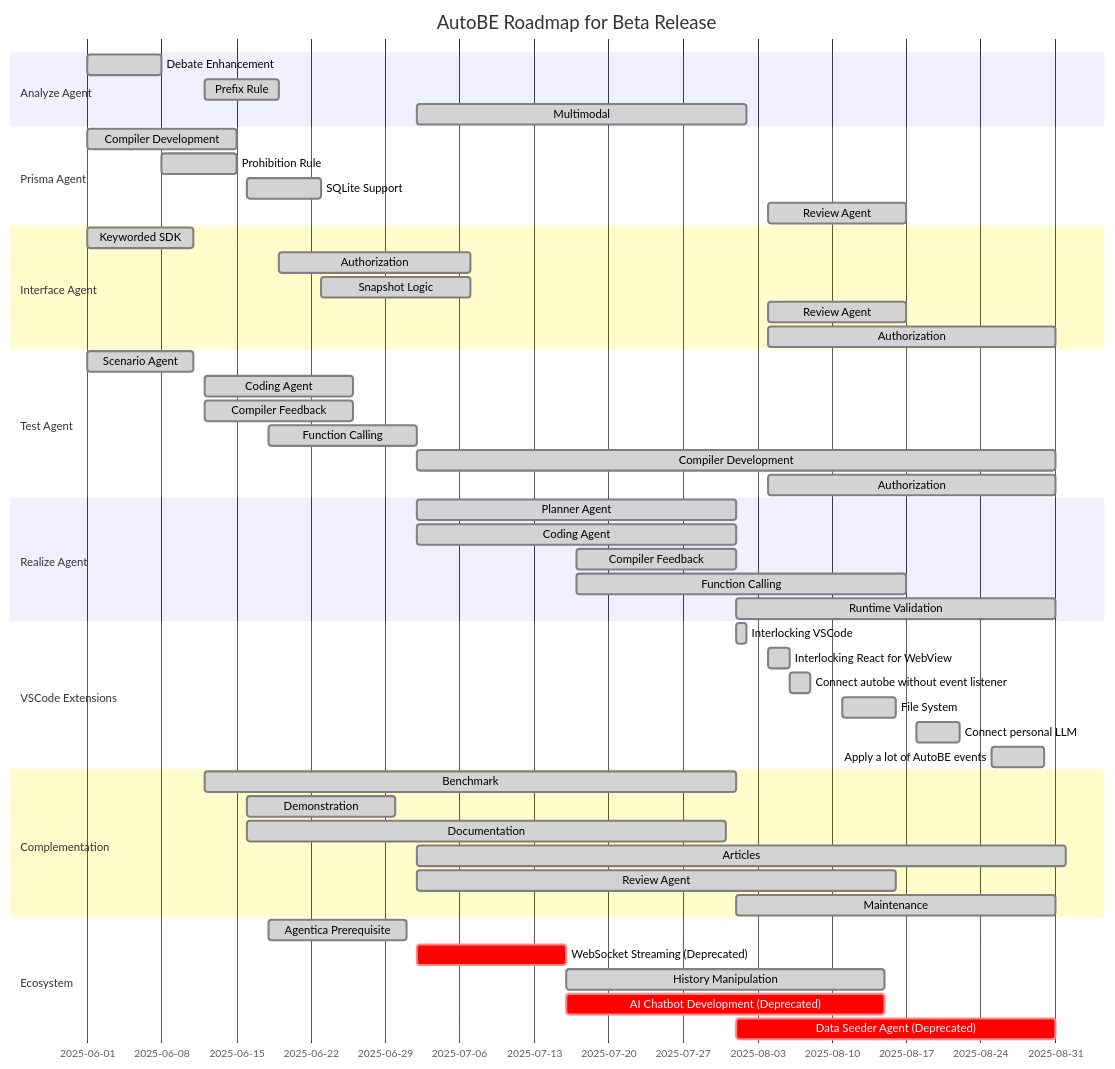
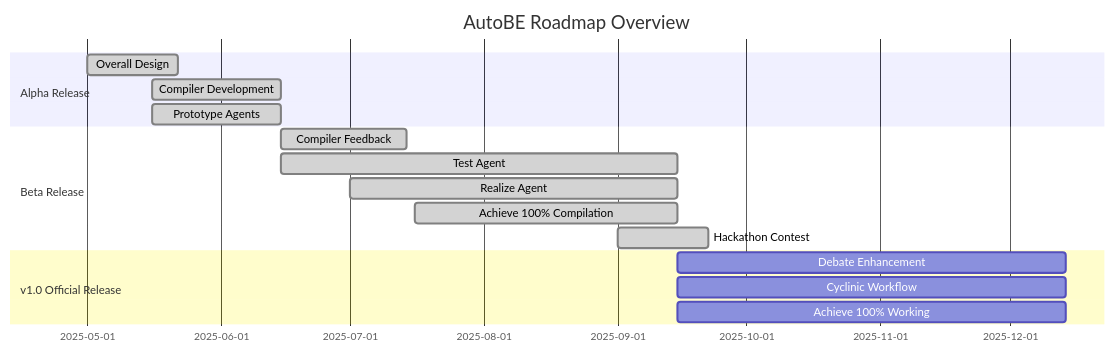
The second of 2 diagrams in README_NEXT.md (wrtnlabs/autobe), drawn with Mermaid before and after one commit. The commit also changed other lines of this file and 1 other file, not shown here.

Commit message:
complete README

````diff
--- a/README_NEXT.md
+++ b/README_NEXT.md
@@ -112,61 +112,22 @@
 ```mermaid
 gantt
   dateFormat YYYY-MM-DD
-  title AutoBE Roadmap for Beta Release
+  title AutoBE Roadmap Overview
 
-  section Analyze Agent
-  Debate Enhancement: done, 2025-06-01,  7d
-  Prefix Rule:        done, 2025-06-12,  7d
-  Multimodal:         done, 2025-07-02, 31d
+  section Alpha Release
+  Overall Design: done, 2025-05-01, 21d
+  Compiler Development: done, 2025-05-16, 30d
+  Prototype Agents: done, 2025-05-16, 30d
 
-  section Prisma Agent
-  Compiler Development: done, 2025-06-01, 14d
-  Prohibition Rule:     done, 2025-06-08,  7d
-  SQLite Support:       done, 2025-06-16,  7d
-  Review Agent:         done, 2025-08-04, 13d
+  section Beta Release
+  Compiler Feedback: done, 2025-06-15, 29d
+  Test Agent: done, 2025-06-15, 92d
+  Realize Agent: done, 2025-07-01, 76d
+  Achieve 100% Compilation: done, 2025-07-16, 61d
+  Hackathon Contest: done, 2025-09-01, 21d
 
-  section Interface Agent
-  Keyworded SDK:     done, 2025-06-01, 10d
-  Authorization:     done, 2025-06-19, 18d
-  Snapshot Logic:    done, 2025-06-23, 14d
-  Review Agent:      done, 2025-08-04, 13d
-  Authorization:     done, 2025-08-04, 27d
-
-  section Test Agent
-  Scenario Agent:       done, 2025-06-01, 10d        
-  Coding Agent:         done, 2025-06-12, 14d
-  Compiler Feedback:    done, 2025-06-12, 14d
-  Function Calling:     done, 2025-06-18, 14d
-  Compiler Development: done, 2025-07-02, 60d
-  Authorization:        done, 2025-08-04, 27d
-
-  section Realize Agent
-  Planner Agent:      done, 2025-07-02, 30d
-  Coding Agent:       done, 2025-07-02, 30d
-  Compiler Feedback:  done, 2025-07-17, 15d
-  Function Calling:   done, 2025-07-17, 31d
-  Runtime Validation: done, 2025-08-01, 30d
-
-  section VSCode Extensions
-  Interlocking VSCode:                   done, 2025-08-01, 1d
-  Interlocking React for WebView:        done, 2025-08-04, 2d
-  Connect autobe without event listener: done, 2025-08-06, 2d
-  File System:                           done, 2025-08-11, 5d
-  Connect personal LLM:                  done, 2025-08-18, 4d
-  Apply a lot of AutoBE events:          done, 2025-08-25, 5d 
-
-  section Complementation
-  Benchmark:     done, 2025-06-12, 50d
-  Demonstration: done, 2025-06-16, 14d
-  Documentation: done, 2025-06-16, 45d
-  Articles:      done, 2025-07-02, 61d
-  Review Agent:  done, 2025-07-02, 45d
-  Maintenance:   done, 2025-08-01, 30d
-
-  section Ecosystem
-  Agentica Prerequisite:               done,    2025-06-18, 13d
-  WebSocket Streaming (Deprecated):    crit,    2025-07-02, 14d
-  History Manipulation:                done,    2025-07-16, 30d
-  AI Chatbot Development (Deprecated): crit, 2025-07-16, 30d
-  Data Seeder Agent (Deprecated):      crit, 2025-08-01, 30d
+  section v1.0 Official Release
+  Debate Enhancement: planned, 2025-09-15, 90d
+  Cyclinic Workflow: planned: 2025-09-15, 90d
+  Achieve 100% Working: active: 2025-09-15, 90d
 ```
````
